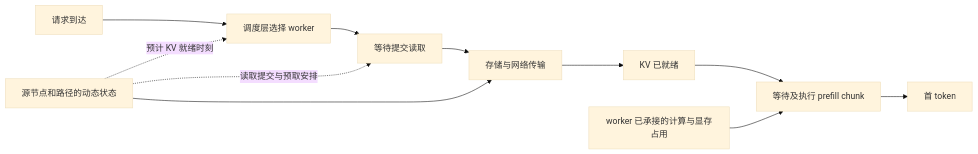
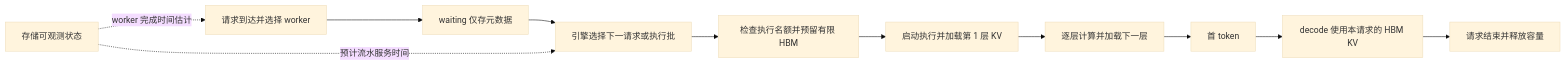
The diagram in docs/全局共享KV的调度与Prefill顺序研究逻辑-20260908.md (QiliangLi/status_aware_network), drawn with Mermaid (base theme) before and after one commit. The commit also changed other lines of this file, not shown here.

First line of the commit message:
docs: 修正执行准入后逐层加载与 prefill 重叠模型

````diff
--- a/docs/全局共享KV的调度与Prefill顺序研究逻辑-20260908.md
+++ b/docs/全局共享KV的调度与Prefill顺序研究逻辑-20260908.md
@@ -38,13 +35,13 @@
 ```mermaid
 flowchart LR
-    A[请求到达] --> W[调度层选择 worker]
-    W --> Q[等待提交读取]
-    Q --> F[存储与网络传输]
-    F --> R[KV 已就绪]
-    R --> P[等待及执行 prefill chunk]
-    P --> T[首 token]
-    G[worker 已承接的计算与显存占用] --> P
-    S[源节点和路径的动态状态] --> F
-    S -. 预计 KV 就绪时刻 .-> W
-    S -. 读取提交与预取安排 .-> Q
+    A[请求到达并选择 worker] --> W[waiting 仅存元数据]
+    W --> D[引擎选择下一请求或执行批]
+    D --> M[检查执行名额并预留有限 HBM]
+    M --> X[启动执行并加载第 1 层 KV]
+    X --> P[逐层计算并加载下一层]
+    P --> F[首 token]
+    F --> R[decode 使用本请求的 HBM KV]
+    R --> E[请求结束并释放容量]
+    S[存储可观测状态] -. 预计流水服务时间 .-> D
+    S -. worker 完成时间估计 .-> A
 ```
````
